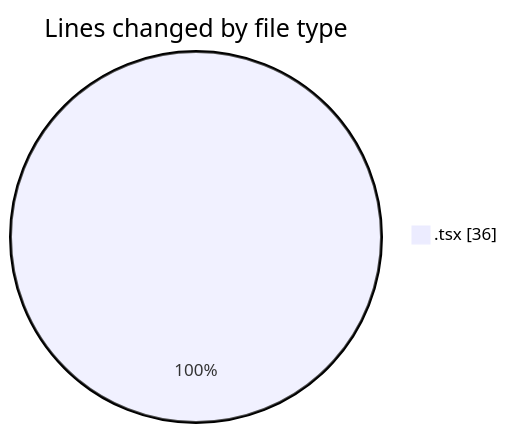
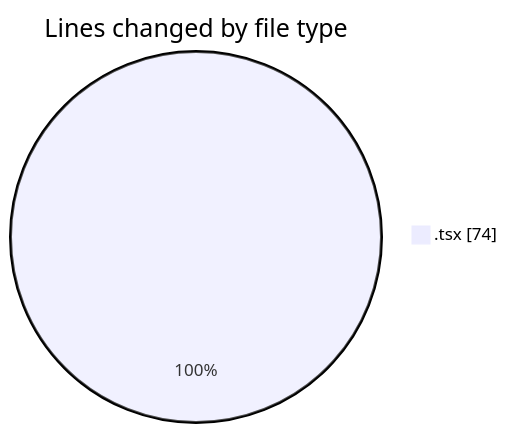
The first of 2 diagrams in 2026-11-06/cda/README.md (momahboobian/code-tracking), drawn with Mermaid before and after one commit. The commit also changed other lines of this file and 1 other file, not shown here.

````diff
--- a/2026-11-06/cda/README.md
+++ b/2026-11-06/cda/README.md
@@ -20,5 +21,5 @@
 ```mermaid
 pie showData
 title Lines changed by file type
-".tsx" : 36
+".tsx" : 74
 ```
````
